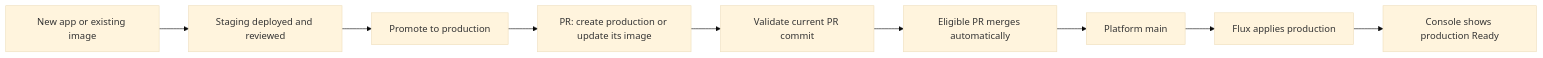
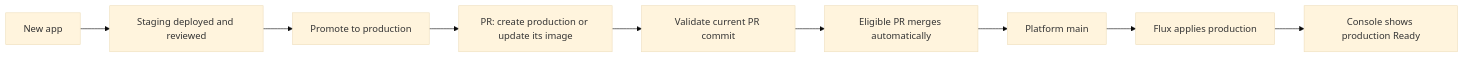
Before and after one commit to samclement/swhurl-platform: the third of 5 diagrams in docs/plan.md, drawn with Mermaid (base theme). The commit also changed other lines of this file and 5 other files, not shown here.

First line of the commit message:
Remove the incident-review namespace and stale existing-image wording

````diff
--- a/docs/plan.md
+++ b/docs/plan.md
@@ -356,11 +356,11 @@
 ```mermaid
 flowchart LR
-  source["New app or existing image"] --> staging["Staging deployed and reviewed"]
+  source["New app"] --> staging["Staging deployed and reviewed"]
   staging --> button["Promote to production"]
   button --> pr["PR: create production or update its image"]
   pr --> checks["Validate current PR commit"]
   checks --> merge["Eligible PR merges automatically"]
   merge --> git["Platform main"]
   git --> flux["Flux applies production"]
   flux --> ready["Console shows production Ready"]
 ```
````
